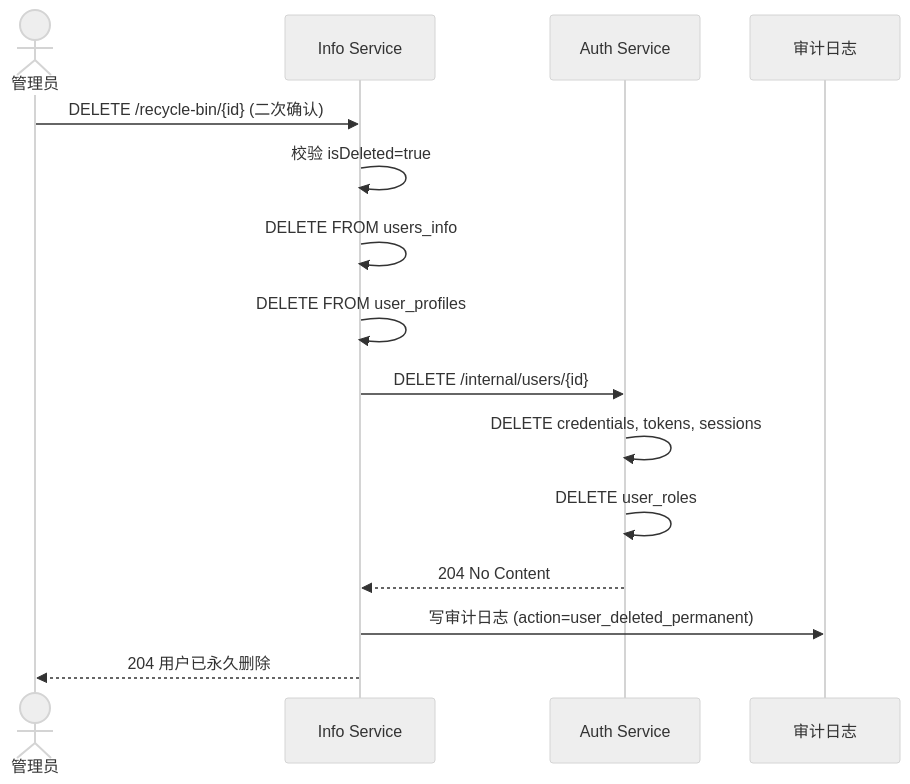
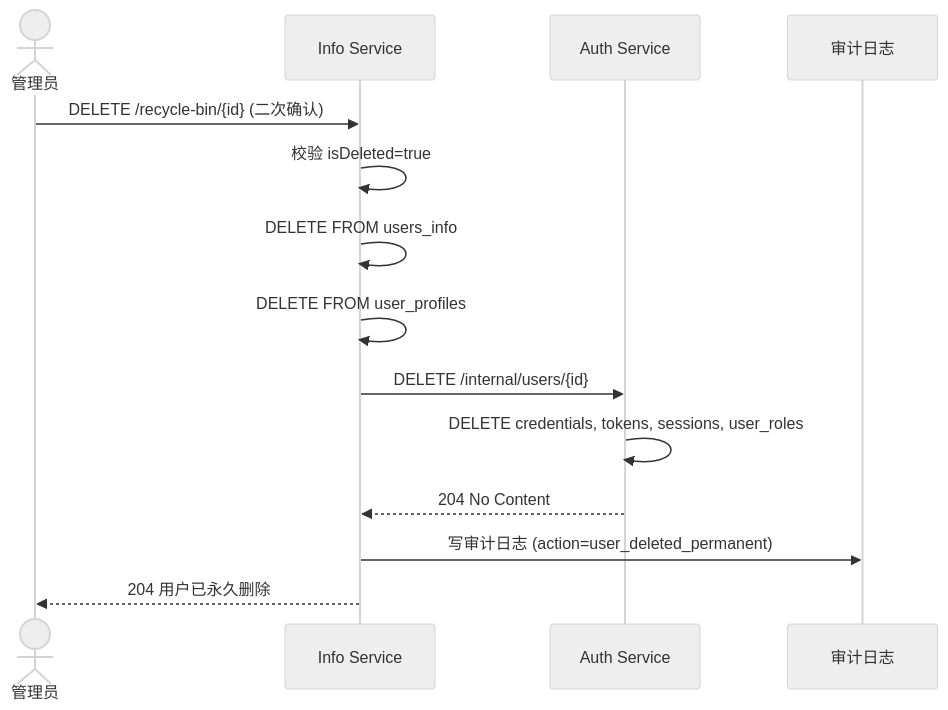
One commit to au12321ua/group1-base changed the fourth of 6 diagrams in docs/design/v2/06-business-flows.md. Above: the diagram before and after it, drawn with Mermaid (neutral theme). The commit also changed other lines of this file and 6 other files, not shown here.

````diff
--- a/docs/design/v2/06-business-flows.md
+++ b/docs/design/v2/06-business-flows.md
@@ -78,18 +77,17 @@
 ```mermaid
 sequenceDiagram
     actor Admin as 管理员
     participant Info as Info Service
     participant Auth as Auth Service
     participant Audit as 审计日志
 
     Admin->>Info: DELETE /recycle-bin/{id} (二次确认)
     Info->>Info: 校验 isDeleted=true
     Info->>Info: DELETE FROM users_info
     Info->>Info: DELETE FROM user_profiles
     Info->>Auth: DELETE /internal/users/{id}
-    Auth->>Auth: DELETE credentials, tokens, sessions
-    Auth->>Auth: DELETE user_roles
+    Auth->>Auth: DELETE credentials, tokens, sessions, user_roles
     Auth-->>Info: 204 No Content
     Info->>Audit: 写审计日志 (action=user_deleted_permanent)
     Info-->>Admin: 204 用户已永久删除
 ```
````
